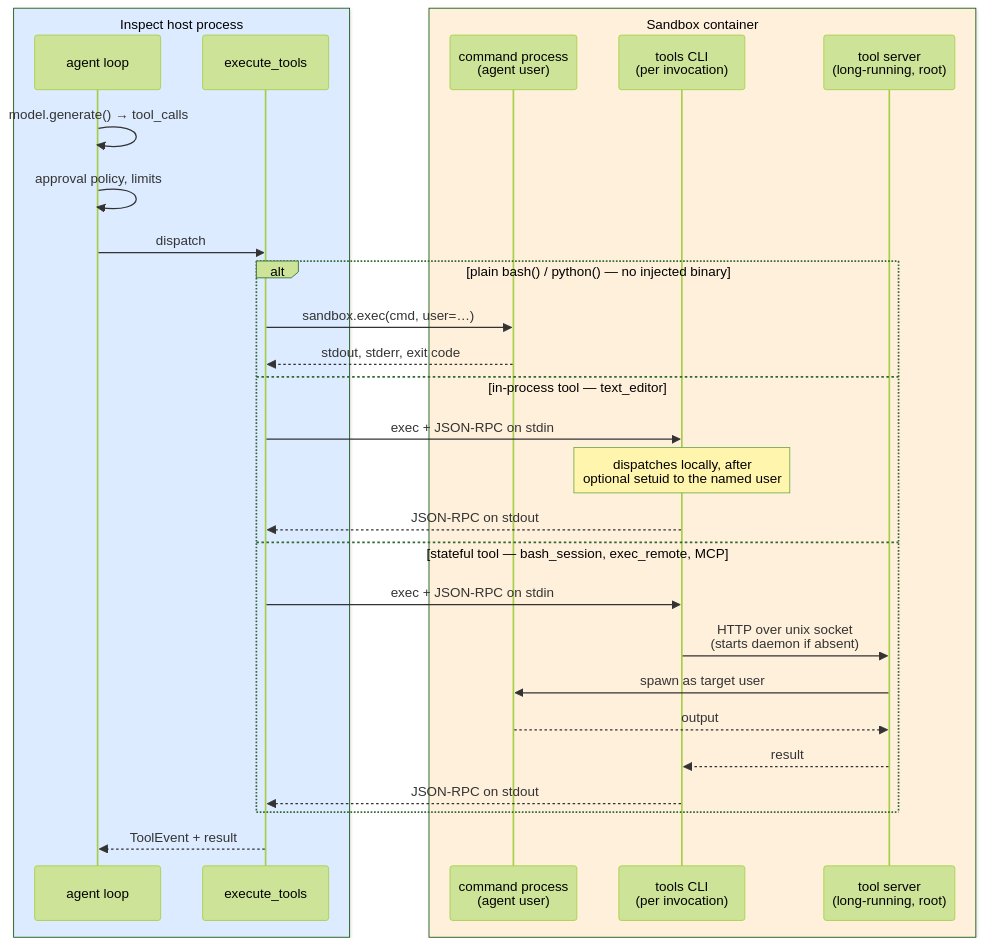
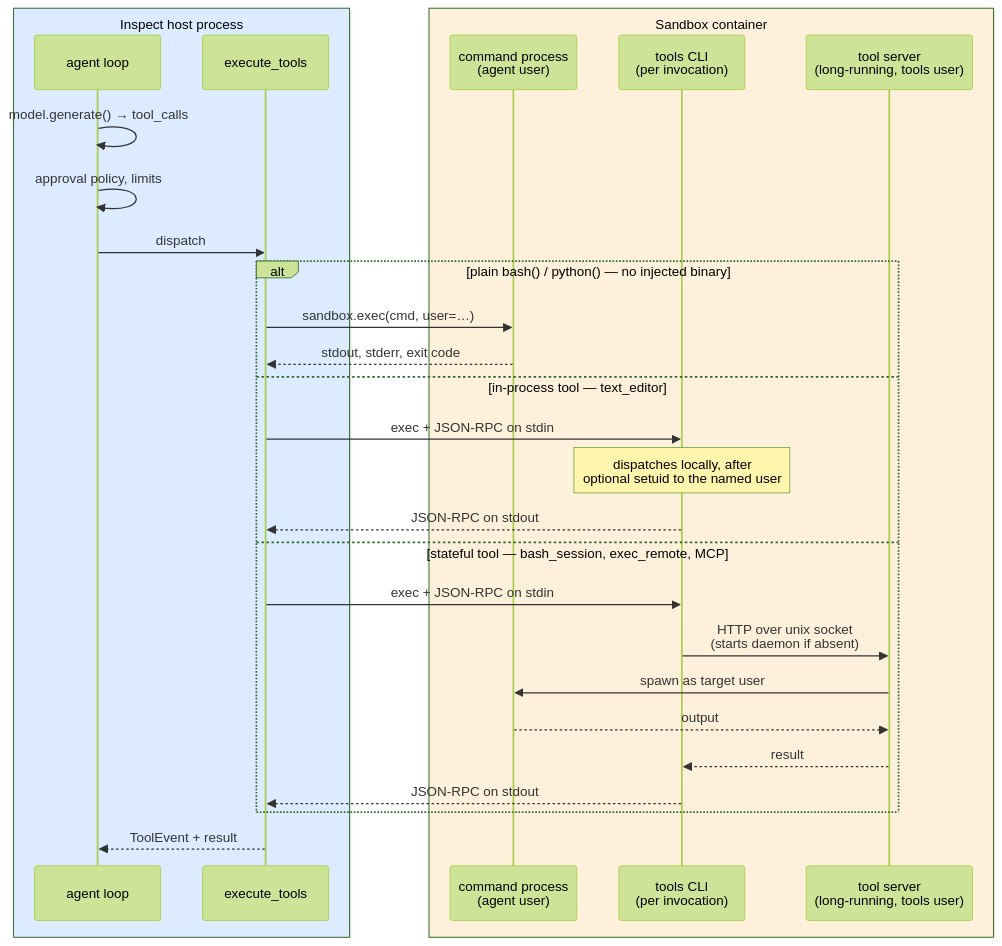
Before and after one commit to ransomr/inspect_ai: the third of 4 diagrams in design/sandbox-trust-model.md, drawn with Mermaid (forest theme). The commit also changed other lines of this file, not shown here.

````diff
--- a/design/sandbox-trust-model.md
+++ b/design/sandbox-trust-model.md
@@ -210,34 +211,34 @@
 ```mermaid
 sequenceDiagram
     box rgb(220, 235, 255) Inspect host process
         participant AG as agent loop
         participant EX as execute_tools
     end
     box rgb(255, 240, 220) Sandbox container
         participant P as command process<br/>(agent user)
         participant CLI as tools CLI<br/>(per invocation)
-        participant D as tool server<br/>(long-running, root)
+        participant D as tool server<br/>(long-running, tools user)
     end
 
     AG->>AG: model.generate() → tool_calls
     AG->>AG: approval policy, limits
     AG->>EX: dispatch
 
     alt plain bash() / python() — no injected binary
         EX->>P: sandbox.exec(cmd, user=…)
         P-->>EX: stdout, stderr, exit code
     else in-process tool — text_editor
         EX->>CLI: exec + JSON-RPC on stdin
         Note over CLI: dispatches locally, after<br/>optional setuid to the named user
         CLI-->>EX: JSON-RPC on stdout
     else stateful tool — bash_session, exec_remote, MCP
         EX->>CLI: exec + JSON-RPC on stdin
         CLI->>D: HTTP over unix socket<br/>(starts daemon if absent)
         D->>P: spawn as target user
         P-->>D: output
         D-->>CLI: result
         CLI-->>EX: JSON-RPC on stdout
     end
 
     EX-->>AG: ToolEvent + result
 ```
````
